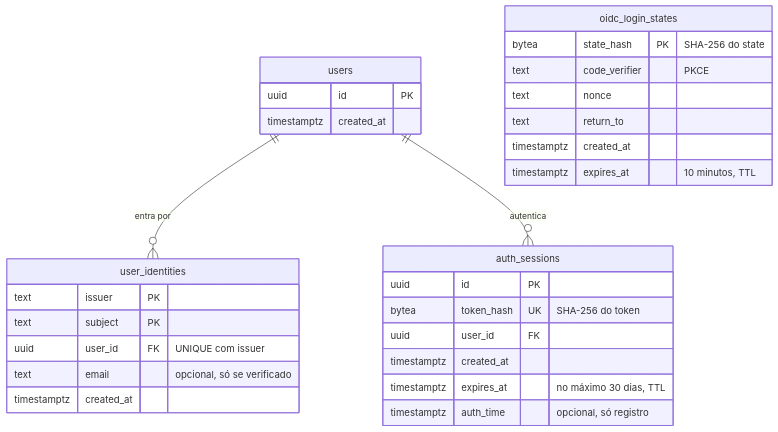
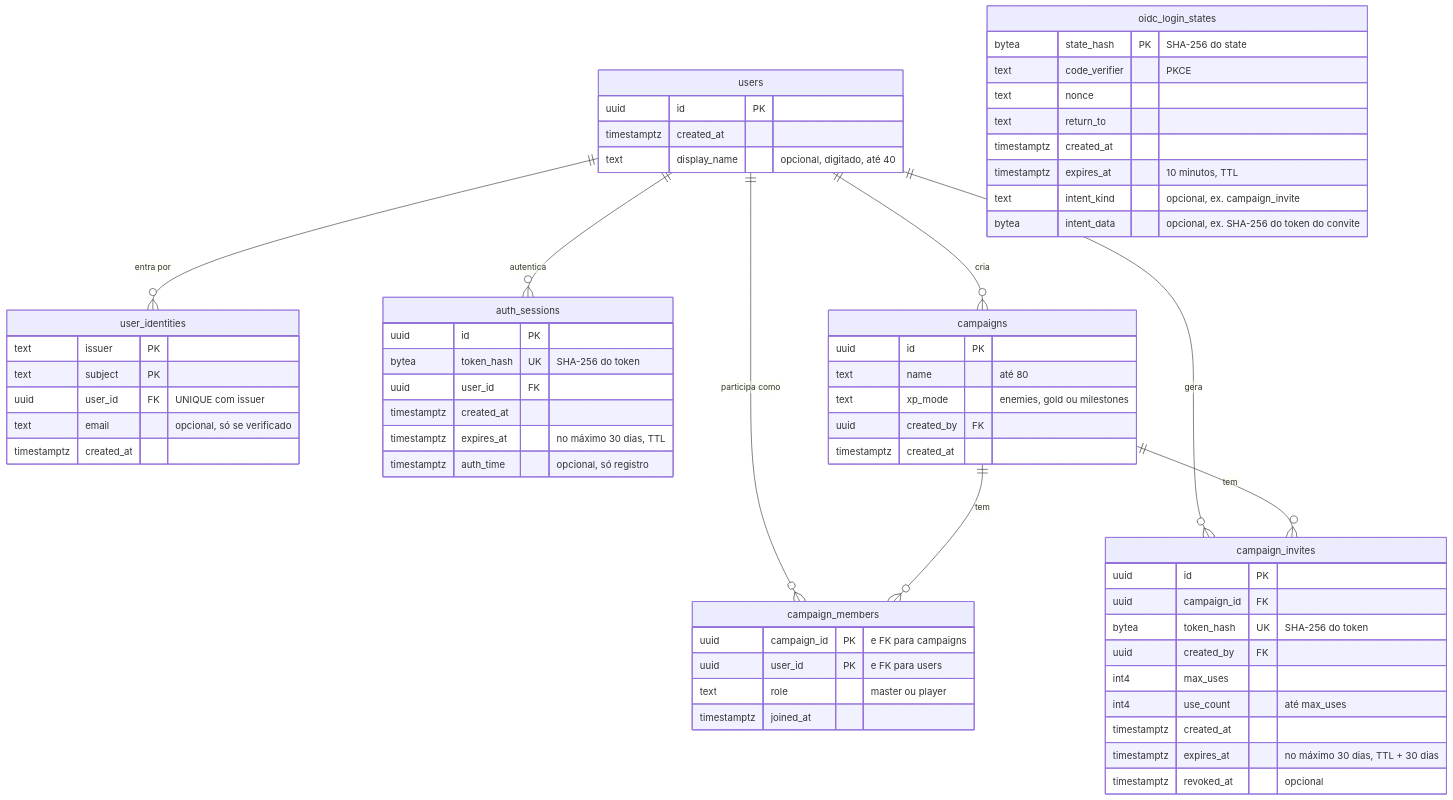
Before and after one commit to PuraFome/meuRPG: the third of 3 diagrams in docs/dados.md, drawn with Mermaid. The commit also changed other lines of this file and 70 other files, not shown here.

First line of the commit message:
feat(campaigns): campaigns, members and invites, joined through sign-in (#9)

````diff
--- a/docs/dados.md
+++ b/docs/dados.md
@@ -277,36 +297,71 @@
 ```mermaid
 erDiagram
     users {
         uuid id PK
         timestamptz created_at
+        text display_name "opcional, digitado, até 40"
     }
 
     user_identities {
         text issuer PK
         text subject PK
         uuid user_id FK "UNIQUE com issuer"
         text email "opcional, só se verificado"
         timestamptz created_at
     }
 
     auth_sessions {
         uuid id PK
         bytea token_hash UK "SHA-256 do token"
         uuid user_id FK
         timestamptz created_at
         timestamptz expires_at "no máximo 30 dias, TTL"
         timestamptz auth_time "opcional, só registro"
     }
 
     oidc_login_states {
         bytea state_hash PK "SHA-256 do state"
         text code_verifier "PKCE"
         text nonce
         text return_to
         timestamptz created_at
         timestamptz expires_at "10 minutos, TTL"
+        text intent_kind "opcional, ex. campaign_invite"
+        bytea intent_data "opcional, ex. SHA-256 do token do convite"
+    }
+
+    campaigns {
+        uuid id PK
+        text name "até 80"
+        text xp_mode "enemies, gold ou milestones"
+        uuid created_by FK
+        timestamptz created_at
+    }
+
+    campaign_members {
+        uuid campaign_id PK "e FK para campaigns"
+        uuid user_id PK "e FK para users"
+        text role "master ou player"
+        timestamptz joined_at
+    }
+
+    campaign_invites {
+        uuid id PK
+        uuid campaign_id FK
+        bytea token_hash UK "SHA-256 do token"
+        uuid created_by FK
+        int4 max_uses
+        int4 use_count "até max_uses"
+        timestamptz created_at
+        timestamptz expires_at "no máximo 30 dias, TTL + 30 dias"
+        timestamptz revoked_at "opcional"
     }
 
     users ||--o{ user_identities : "entra por"
     users ||--o{ auth_sessions : "autentica"
+    users ||--o{ campaigns : "cria"
+    users ||--o{ campaign_members : "participa como"
+    users ||--o{ campaign_invites : "gera"
+    campaigns ||--o{ campaign_members : "tem"
+    campaigns ||--o{ campaign_invites : "tem"
 ```
````
